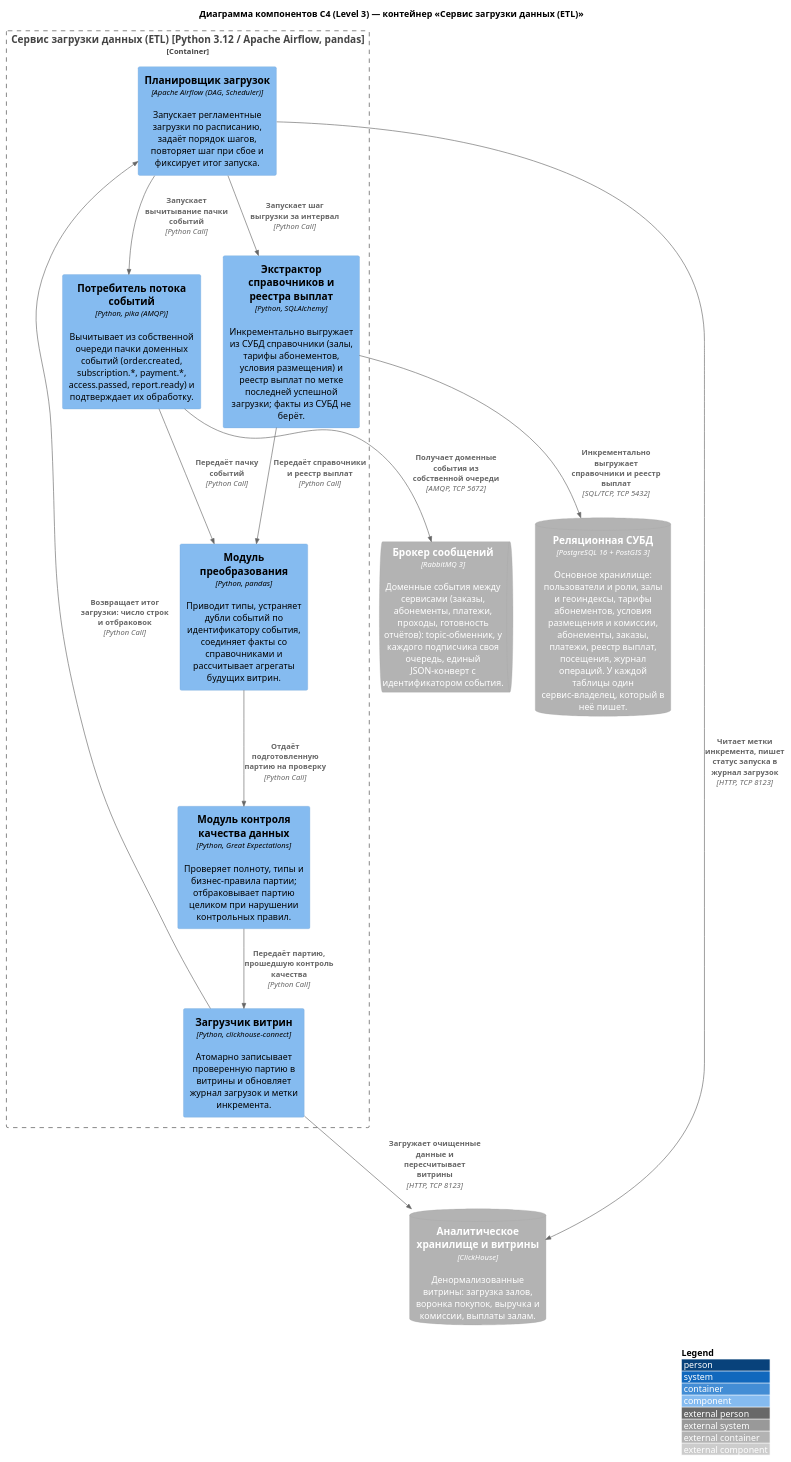
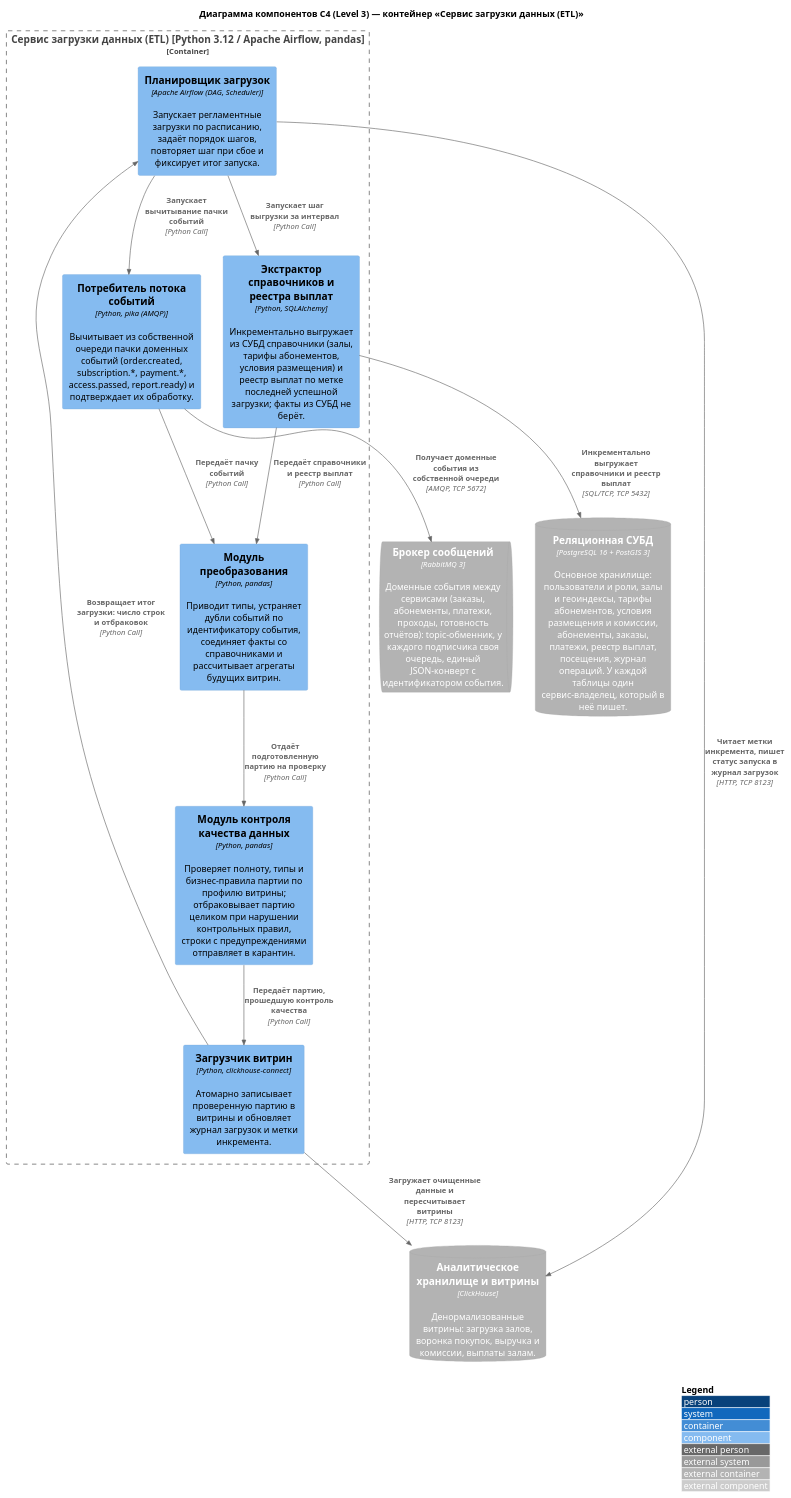
Before and after one commit to lamtfey11/ISIT-project-gym-aggregator: the diagram in src/local/erenmari/L3_etl_analyst.puml, drawn with PlantUML.

Commit message:
изменение стека на пандас в компоненте

```diff
--- a/src/local/erenmari/L3_etl_analyst.puml
+++ b/src/local/erenmari/L3_etl_analyst.puml
@@ -1,45 +1,45 @@
 @startuml "Fitness Aggregator - ETL Service Components (Analyst)"
 !include https://raw.githubusercontent.com/plantuml-stdlib/C4-PlantUML/master/C4_Component.puml
 
 LAYOUT_WITH_LEGEND()
 
 title Диаграмма компонентов C4 (Level 3) — контейнер «Сервис загрузки данных (ETL)»
 
 ' ==== ДЕКОМПОЗИРУЕМЫЙ КОНТЕЙНЕР ====
 Container_Boundary(etl_service, "Сервис загрузки данных (ETL) [Python 3.12 / Apache Airflow, pandas]") {
 
   ' ---- Слой оркестрации ----
   Component(dag_scheduler, "Планировщик загрузок", "Apache Airflow (DAG, Scheduler)", "Запускает регламентные загрузки по расписанию, задаёт порядок шагов, повторяет шаг при сбое и фиксирует итог запуска.")
 
   ' ---- Слой извлечения данных ----
   Component(db_extractor, "Экстрактор справочников и реестра выплат", "Python, SQLAlchemy", "Инкрементально выгружает из СУБД справочники (залы, тарифы абонементов, условия размещения) и реестр выплат по метке последней успешной загрузки; факты из СУБД не берёт.")
   Component(event_consumer, "Потребитель потока событий", "Python, pika (AMQP)", "Вычитывает из собственной очереди пачки доменных событий (order.created, subscription.*, payment.*, access.passed, report.ready) и подтверждает их обработку.")
 
   ' ---- Слой преобразования и контроля качества ----
   Component(transform_engine, "Модуль преобразования", "Python, pandas", "Приводит типы, устраняет дубли событий по идентификатору события, соединяет факты со справочниками и рассчитывает агрегаты будущих витрин.")
-  Component(dq_validator, "Модуль контроля качества данных", "Python, Great Expectations", "Проверяет полноту, типы и бизнес-правила партии; отбраковывает партию целиком при нарушении контрольных правил.")
+  Component(dq_validator, "Модуль контроля качества данных", "Python, pandas", "Проверяет полноту, типы и бизнес-правила партии по профилю витрины; отбраковывает партию целиком при нарушении контрольных правил, строки с предупреждениями отправляет в карантин.")
 
   ' ---- Слой загрузки ----
   Component(mart_loader, "Загрузчик витрин", "Python, clickhouse-connect", "Атомарно записывает проверенную партию в витрины и обновляет журнал загрузок и метки инкремента.")
 }
 
 ' ==== ВНЕШНИЕ ПО ОТНОШЕНИЮ К КОНТЕЙНЕРУ ХРАНИЛИЩА (нижний ярус, описания совпадают со сводной диаграммой контейнеров) ====
 ContainerDb_Ext(database, "Реляционная СУБД", "PostgreSQL 16 + PostGIS 3", "Основное хранилище: пользователи и роли, залы и геоиндексы, тарифы абонементов, условия размещения и комиссии, абонементы, заказы, платежи, реестр выплат, посещения, журнал операций. У каждой таблицы один сервис-владелец, который в неё пишет.")
 ContainerQueue_Ext(message_broker, "Брокер сообщений", "RabbitMQ 3", "Доменные события между сервисами (заказы, абонементы, платежи, проходы, готовность отчётов): topic-обменник, у каждого подписчика своя очередь, единый JSON-конверт с идентификатором события.")
 ContainerDb_Ext(dwh, "Аналитическое хранилище и витрины", "ClickHouse", "Денормализованные витрины: загрузка залов, воронка покупок, выручка и комиссии, выплаты залам.")
 ' ==== ВНУТРИПРОЦЕССНЫЕ ВЫЗОВЫ (единое адресное пространство) ====
 Rel(dag_scheduler, db_extractor, "Запускает шаг выгрузки за интервал", "Python Call")
 Rel(dag_scheduler, event_consumer, "Запускает вычитывание пачки событий", "Python Call")
 Rel(db_extractor, transform_engine, "Передаёт справочники и реестр выплат", "Python Call")
 Rel(event_consumer, transform_engine, "Передаёт пачку событий", "Python Call")
 Rel(transform_engine, dq_validator, "Отдаёт подготовленную партию на проверку", "Python Call")
 Rel(dq_validator, mart_loader, "Передаёт партию, прошедшую контроль качества", "Python Call")
 Rel(mart_loader, dag_scheduler, "Возвращает итог загрузки: число строк и отбраковок", "Python Call")
 
 ' ==== СЕТЕВЫЕ СВЯЗИ КОМПОНЕНТОВ С ХРАНИЛИЩАМИ ====
 Rel(db_extractor, database, "Инкрементально выгружает справочники и реестр выплат", "SQL/TCP, TCP 5432")
 Rel(event_consumer, message_broker, "Получает доменные события из собственной очереди", "AMQP, TCP 5672")
 Rel(mart_loader, dwh, "Загружает очищенные данные и пересчитывает витрины", "HTTP, TCP 8123")
 Rel(dag_scheduler, dwh, "Читает метки инкремента, пишет статус запуска в журнал загрузок", "HTTP, TCP 8123")
 
 @enduml
```
